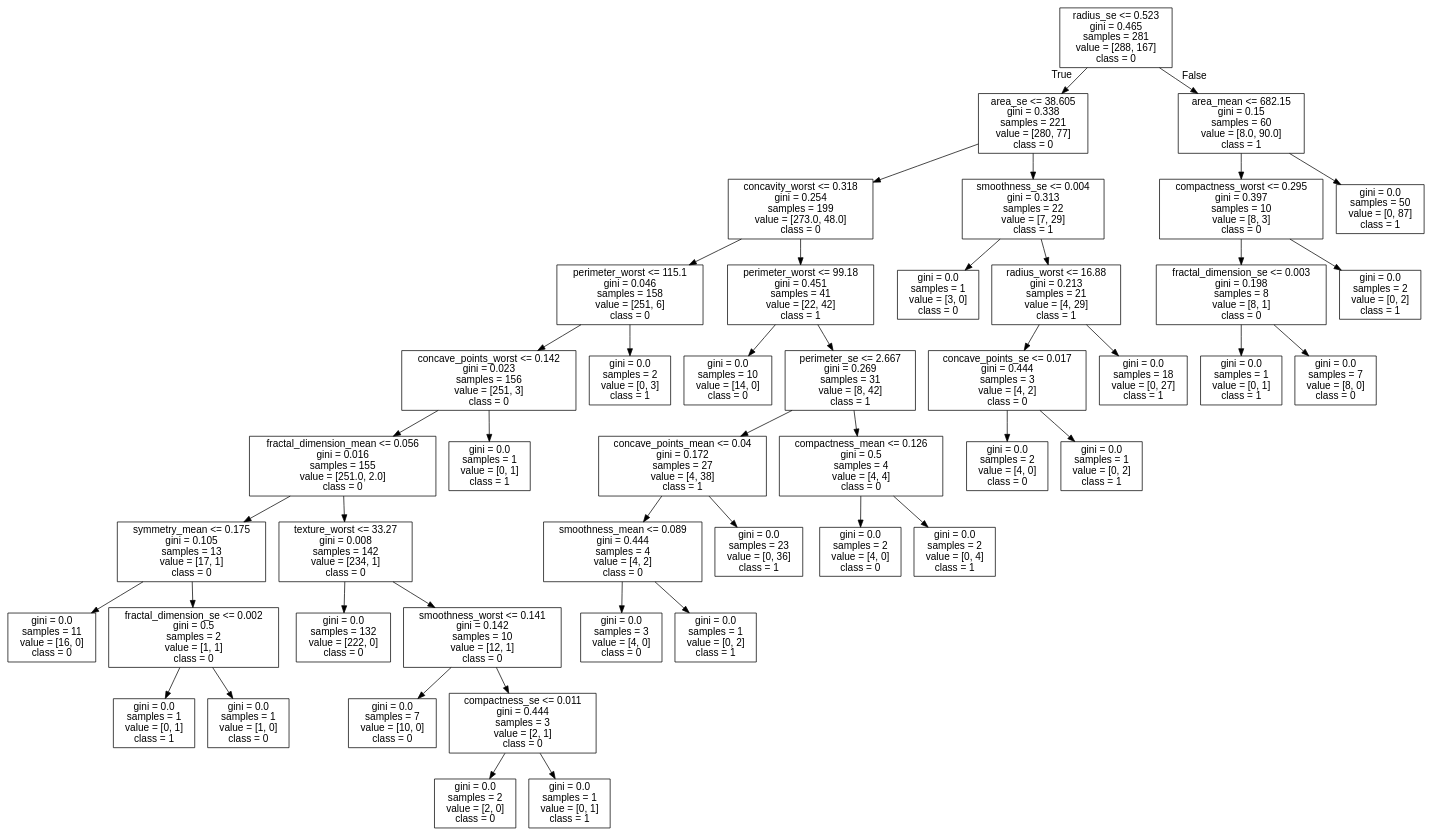
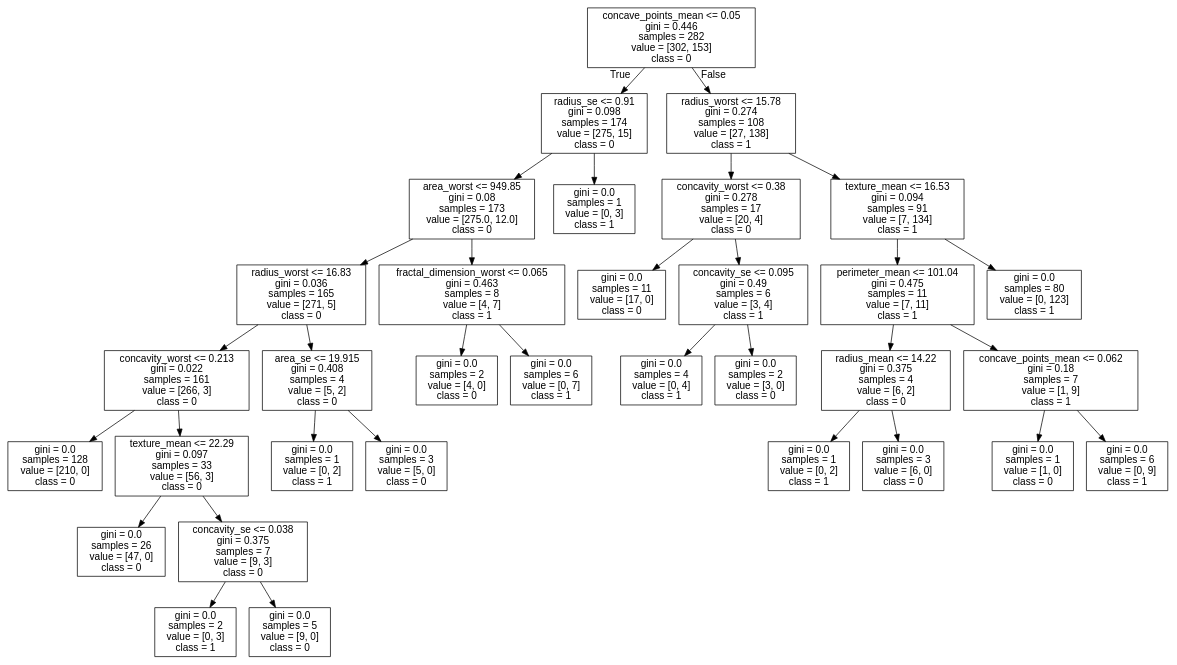
The diagram in data/cancer/tree.dot (cyrilvincent/mlops), drawn with Graphviz before and after one commit. The commit also changed 7 other files, not shown here.

```diff
--- a/data/cancer/tree.dot
+++ b/data/cancer/tree.dot
@@ -1,93 +1,69 @@
 digraph Tree {
 node [shape=box, fontname="helvetica"] ;
 edge [fontname="helvetica"] ;
-0 [label="radius_se <= 0.523\ngini = 0.465\nsamples = 281\nvalue = [288, 167]\nclass = 0"] ;
-1 [label="area_se <= 38.605\ngini = 0.338\nsamples = 221\nvalue = [280, 77]\nclass = 0"] ;
+0 [label="concave_points_mean <= 0.05\ngini = 0.446\nsamples = 282\nvalue = [302, 153]\nclass = 0"] ;
+1 [label="radius_se <= 0.91\ngini = 0.098\nsamples = 174\nvalue = [275, 15]\nclass = 0"] ;
 0 -> 1 [labeldistance=2.5, labelangle=45, headlabel="True"] ;
-2 [label="concavity_worst <= 0.318\ngini = 0.254\nsamples = 199\nvalue = [273.0, 48.0]\nclass = 0"] ;
+2 [label="area_worst <= 949.85\ngini = 0.08\nsamples = 173\nvalue = [275.0, 12.0]\nclass = 0"] ;
 1 -> 2 ;
-3 [label="perimeter_worst <= 115.1\ngini = 0.046\nsamples = 158\nvalue = [251, 6]\nclass = 0"] ;
+3 [label="radius_worst <= 16.83\ngini = 0.036\nsamples = 165\nvalue = [271, 5]\nclass = 0"] ;
 2 -> 3 ;
-4 [label="concave_points_worst <= 0.142\ngini = 0.023\nsamples = 156\nvalue = [251, 3]\nclass = 0"] ;
+4 [label="concavity_worst <= 0.213\ngini = 0.022\nsamples = 161\nvalue = [266, 3]\nclass = 0"] ;
 3 -> 4 ;
-5 [label="fractal_dimension_mean <= 0.056\ngini = 0.016\nsamples = 155\nvalue = [251.0, 2.0]\nclass = 0"] ;
+5 [label="gini = 0.0\nsamples = 128\nvalue = [210, 0]\nclass = 0"] ;
 4 -> 5 ;
-6 [label="symmetry_mean <= 0.175\ngini = 0.105\nsamples = 13\nvalue = [17, 1]\nclass = 0"] ;
-5 -> 6 ;
-7 [label="gini = 0.0\nsamples = 11\nvalue = [16, 0]\nclass = 0"] ;
+6 [label="texture_mean <= 22.29\ngini = 0.097\nsamples = 33\nvalue = [56, 3]\nclass = 0"] ;
+4 -> 6 ;
+7 [label="gini = 0.0\nsamples = 26\nvalue = [47, 0]\nclass = 0"] ;
 6 -> 7 ;
-8 [label="fractal_dimension_se <= 0.002\ngini = 0.5\nsamples = 2\nvalue = [1, 1]\nclass = 0"] ;
+8 [label="concavity_se <= 0.038\ngini = 0.375\nsamples = 7\nvalue = [9, 3]\nclass = 0"] ;
 6 -> 8 ;
-9 [label="gini = 0.0\nsamples = 1\nvalue = [0, 1]\nclass = 1"] ;
+9 [label="gini = 0.0\nsamples = 2\nvalue = [0, 3]\nclass = 1"] ;
 8 -> 9 ;
-10 [label="gini = 0.0\nsamples = 1\nvalue = [1, 0]\nclass = 0"] ;
+10 [label="gini = 0.0\nsamples = 5\nvalue = [9, 0]\nclass = 0"] ;
 8 -> 10 ;
-11 [label="texture_worst <= 33.27\ngini = 0.008\nsamples = 142\nvalue = [234, 1]\nclass = 0"] ;
-5 -> 11 ;
-12 [label="gini = 0.0\nsamples = 132\nvalue = [222, 0]\nclass = 0"] ;
+11 [label="area_se <= 19.915\ngini = 0.408\nsamples = 4\nvalue = [5, 2]\nclass = 0"] ;
+3 -> 11 ;
+12 [label="gini = 0.0\nsamples = 1\nvalue = [0, 2]\nclass = 1"] ;
 11 -> 12 ;
-13 [label="smoothness_worst <= 0.141\ngini = 0.142\nsamples = 10\nvalue = [12, 1]\nclass = 0"] ;
+13 [label="gini = 0.0\nsamples = 3\nvalue = [5, 0]\nclass = 0"] ;
 11 -> 13 ;
-14 [label="gini = 0.0\nsamples = 7\nvalue = [10, 0]\nclass = 0"] ;
-13 -> 14 ;
-15 [label="compactness_se <= 0.011\ngini = 0.444\nsamples = 3\nvalue = [2, 1]\nclass = 0"] ;
-13 -> 15 ;
-16 [label="gini = 0.0\nsamples = 2\nvalue = [2, 0]\nclass = 0"] ;
-15 -> 16 ;
-17 [label="gini = 0.0\nsamples = 1\nvalue = [0, 1]\nclass = 1"] ;
-15 -> 17 ;
-18 [label="gini = 0.0\nsamples = 1\nvalue = [0, 1]\nclass = 1"] ;
-4 -> 18 ;
-19 [label="gini = 0.0\nsamples = 2\nvalue = [0, 3]\nclass = 1"] ;
-3 -> 19 ;
-20 [label="perimeter_worst <= 99.18\ngini = 0.451\nsamples = 41\nvalue = [22, 42]\nclass = 1"] ;
-2 -> 20 ;
-21 [label="gini = 0.0\nsamples = 10\nvalue = [14, 0]\nclass = 0"] ;
-20 -> 21 ;
-22 [label="perimeter_se <= 2.667\ngini = 0.269\nsamples = 31\nvalue = [8, 42]\nclass = 1"] ;
-20 -> 22 ;
-23 [label="concave_points_mean <= 0.04\ngini = 0.172\nsamples = 27\nvalue = [4, 38]\nclass = 1"] ;
-22 -> 23 ;
-24 [label="smoothness_mean <= 0.089\ngini = 0.444\nsamples = 4\nvalue = [4, 2]\nclass = 0"] ;
-23 -> 24 ;
-25 [label="gini = 0.0\nsamples = 3\nvalue = [4, 0]\nclass = 0"] ;
+14 [label="fractal_dimension_worst <= 0.065\ngini = 0.463\nsamples = 8\nvalue = [4, 7]\nclass = 1"] ;
+2 -> 14 ;
+15 [label="gini = 0.0\nsamples = 2\nvalue = [4, 0]\nclass = 0"] ;
+14 -> 15 ;
+16 [label="gini = 0.0\nsamples = 6\nvalue = [0, 7]\nclass = 1"] ;
+14 -> 16 ;
+17 [label="gini = 0.0\nsamples = 1\nvalue = [0, 3]\nclass = 1"] ;
+1 -> 17 ;
+18 [label="radius_worst <= 15.78\ngini = 0.274\nsamples = 108\nvalue = [27, 138]\nclass = 1"] ;
+0 -> 18 [labeldistance=2.5, labelangle=-45, headlabel="False"] ;
+19 [label="concavity_worst <= 0.38\ngini = 0.278\nsamples = 17\nvalue = [20, 4]\nclass = 0"] ;
+18 -> 19 ;
+20 [label="gini = 0.0\nsamples = 11\nvalue = [17, 0]\nclass = 0"] ;
+19 -> 20 ;
+21 [label="concavity_se <= 0.095\ngini = 0.49\nsamples = 6\nvalue = [3, 4]\nclass = 1"] ;
+19 -> 21 ;
+22 [label="gini = 0.0\nsamples = 4\nvalue = [0, 4]\nclass = 1"] ;
+21 -> 22 ;
+23 [label="gini = 0.0\nsamples = 2\nvalue = [3, 0]\nclass = 0"] ;
+21 -> 23 ;
+24 [label="texture_mean <= 16.53\ngini = 0.094\nsamples = 91\nvalue = [7, 134]\nclass = 1"] ;
+18 -> 24 ;
+25 [label="perimeter_mean <= 101.04\ngini = 0.475\nsamples = 11\nvalue = [7, 11]\nclass = 1"] ;
 24 -> 25 ;
-26 [label="gini = 0.0\nsamples = 1\nvalue = [0, 2]\nclass = 1"] ;
-24 -> 26 ;
-27 [label="gini = 0.0\nsamples = 23\nvalue = [0, 36]\nclass = 1"] ;
-23 -> 27 ;
-28 [label="compactness_mean <= 0.126\ngini = 0.5\nsamples = 4\nvalue = [4, 4]\nclass = 0"] ;
-22 -> 28 ;
-29 [label="gini = 0.0\nsamples = 2\nvalue = [4, 0]\nclass = 0"] ;
-28 -> 29 ;
-30 [label="gini = 0.0\nsamples = 2\nvalue = [0, 4]\nclass = 1"] ;
-28 -> 30 ;
-31 [label="smoothness_se <= 0.004\ngini = 0.313\nsamples = 22\nvalue = [7, 29]\nclass = 1"] ;
-1 -> 31 ;
-32 [label="gini = 0.0\nsamples = 1\nvalue = [3, 0]\nclass = 0"] ;
-31 -> 32 ;
-33 [label="radius_worst <= 16.88\ngini = 0.213\nsamples = 21\nvalue = [4, 29]\nclass = 1"] ;
-31 -> 33 ;
-34 [label="concave_points_se <= 0.017\ngini = 0.444\nsamples = 3\nvalue = [4, 2]\nclass = 0"] ;
-33 -> 34 ;
-35 [label="gini = 0.0\nsamples = 2\nvalue = [4, 0]\nclass = 0"] ;
-34 -> 35 ;
-36 [label="gini = 0.0\nsamples = 1\nvalue = [0, 2]\nclass = 1"] ;
-34 -> 36 ;
-37 [label="gini = 0.0\nsamples = 18\nvalue = [0, 27]\nclass = 1"] ;
-33 -> 37 ;
-38 [label="area_mean <= 682.15\ngini = 0.15\nsamples = 60\nvalue = [8.0, 90.0]\nclass = 1"] ;
-0 -> 38 [labeldistance=2.5, labelangle=-45, headlabel="False"] ;
-39 [label="compactness_worst <= 0.295\ngini = 0.397\nsamples = 10\nvalue = [8, 3]\nclass = 0"] ;
-38 -> 39 ;
-40 [label="fractal_dimension_se <= 0.003\ngini = 0.198\nsamples = 8\nvalue = [8, 1]\nclass = 0"] ;
-39 -> 40 ;
-41 [label="gini = 0.0\nsamples = 1\nvalue = [0, 1]\nclass = 1"] ;
-40 -> 41 ;
-42 [label="gini = 0.0\nsamples = 7\nvalue = [8, 0]\nclass = 0"] ;
-40 -> 42 ;
-43 [label="gini = 0.0\nsamples = 2\nvalue = [0, 2]\nclass = 1"] ;
-39 -> 43 ;
-44 [label="gini = 0.0\nsamples = 50\nvalue = [0, 87]\nclass = 1"] ;
-38 -> 44 ;
+26 [label="radius_mean <= 14.22\ngini = 0.375\nsamples = 4\nvalue = [6, 2]\nclass = 0"] ;
+25 -> 26 ;
+27 [label="gini = 0.0\nsamples = 1\nvalue = [0, 2]\nclass = 1"] ;
+26 -> 27 ;
+28 [label="gini = 0.0\nsamples = 3\nvalue = [6, 0]\nclass = 0"] ;
+26 -> 28 ;
+29 [label="concave_points_mean <= 0.062\ngini = 0.18\nsamples = 7\nvalue = [1, 9]\nclass = 1"] ;
+25 -> 29 ;
+30 [label="gini = 0.0\nsamples = 1\nvalue = [1, 0]\nclass = 0"] ;
+29 -> 30 ;
+31 [label="gini = 0.0\nsamples = 6\nvalue = [0, 9]\nclass = 1"] ;
+29 -> 31 ;
+32 [label="gini = 0.0\nsamples = 80\nvalue = [0, 123]\nclass = 1"] ;
+24 -> 32 ;
 }
```
